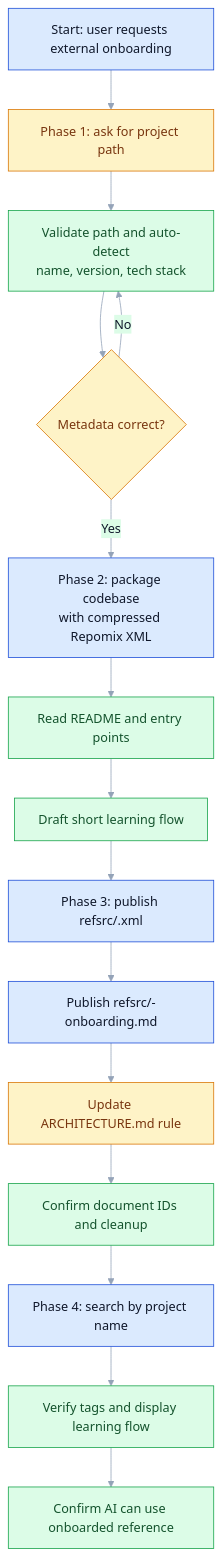
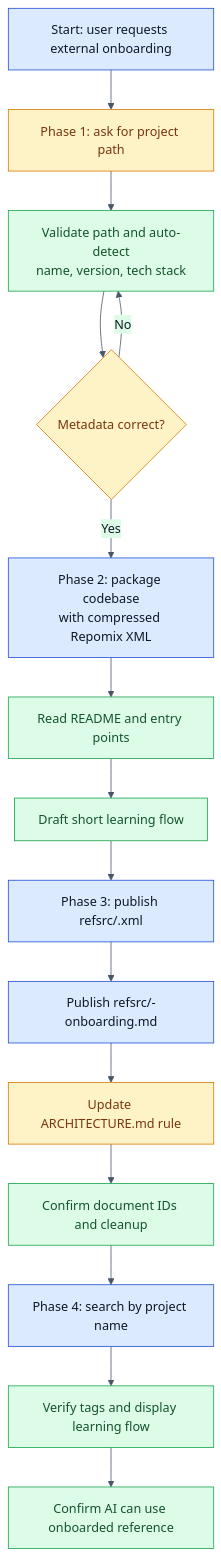
The first of 2 diagrams in docs/web/docs/external-lib-flow.md (heywood8/rosetta), drawn with Mermaid before and after one commit. The commit also changed other lines of this file and 13 other files, not shown here.

````diff
--- a/docs/web/docs/external-lib-flow.md
+++ b/docs/web/docs/external-lib-flow.md
@@ -74,45 +74,47 @@
 ```mermaid
 %%{init: {'theme':'base','themeVariables':{
-  'background':'#0f172a',
-  'primaryColor':'#dbeafe',
-  'primaryTextColor':'#0f172a',
-  'primaryBorderColor':'#1d4ed8',
-  'lineColor':'#94a3b8',
-  'secondaryColor':'#dcfce7',
-  'secondaryTextColor':'#14532d',
-  'secondaryBorderColor':'#16a34a',
-  'tertiaryColor':'#fef3c7',
-  'tertiaryTextColor':'#78350f',
-  'tertiaryBorderColor':'#d97706'
+'background':'#ffffff',
+'primaryColor':'#dbeafe',
+'primaryBorderColor':'#1d4ed8',
+'primaryTextColor':'#111827',
+'secondaryColor':'#dcfce7',
+'secondaryBorderColor':'#16a34a',
+'secondaryTextColor':'#14532d',
+'tertiaryColor':'#fef3c7',
+'tertiaryBorderColor':'#d97706',
+'tertiaryTextColor':'#78350f',
+'lineColor':'#475569',
+'textColor':'#111827',
+'fontFamily':'Fira Sans, sans-serif'
 }}}%%
 flowchart TD
   A["Start: user requests external onboarding"] --> B["Phase 1: ask for project path"]
   B --> C["Validate path and auto-detect<br/>name, version, tech stack"]
   C --> D{"Metadata correct?"}
   D -- "No" --> C
   D -- "Yes" --> E["Phase 2: package codebase<br/>with compressed Repomix XML"]
   E --> F["Read README and entry points"]
   F --> G["Draft short learning flow"]
   G --> H["Phase 3: publish refsrc/<project>.xml"]
   H --> I["Publish refsrc/<project>-onboarding.md"]
   I --> J["Update ARCHITECTURE.md rule"]
   J --> K["Confirm document IDs and cleanup"]
   K --> L["Phase 4: search by project name"]
   L --> M["Verify tags and display learning flow"]
   M --> N["Confirm AI can use onboarded reference"]
 
   style A fill:#dbeafe,stroke:#1d4ed8,color:#0f172a
   style B fill:#fef3c7,stroke:#d97706,color:#78350f
   style C fill:#dcfce7,stroke:#16a34a,color:#14532d
   style D fill:#fef3c7,stroke:#d97706,color:#78350f
   style E fill:#dbeafe,stroke:#1d4ed8,color:#0f172a
   style F fill:#dcfce7,stroke:#16a34a,color:#14532d
   style G fill:#dcfce7,stroke:#16a34a,color:#14532d
   style H fill:#dbeafe,stroke:#1d4ed8,color:#0f172a
   style I fill:#dbeafe,stroke:#1d4ed8,color:#0f172a
   style J fill:#fef3c7,stroke:#d97706,color:#78350f
   style K fill:#dcfce7,stroke:#16a34a,color:#14532d
   style L fill:#dbeafe,stroke:#1d4ed8,color:#0f172a
   style M fill:#dcfce7,stroke:#16a34a,color:#14532d
   style N fill:#dcfce7,stroke:#16a34a,color:#14532d
 ```
````
